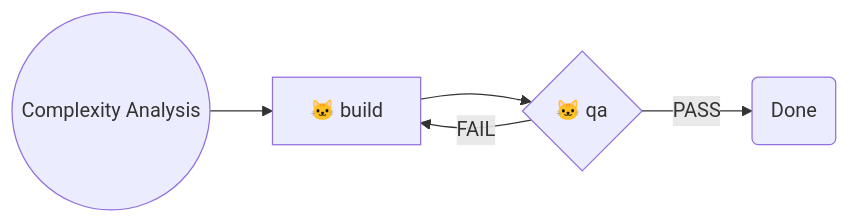
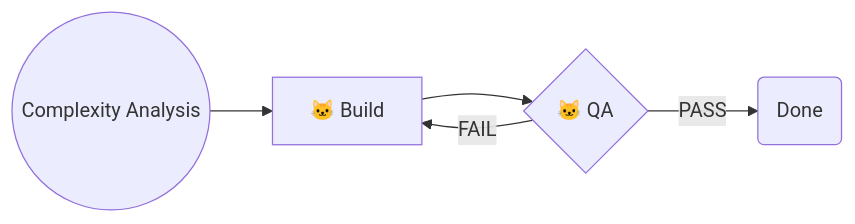
Before and after one commit to Texarkanine/.cursor-rules: the diagram in rulesets/niko2/niko/level1/level1-workflow.mdc, drawn with Mermaid. The commit also changed other lines of this file and 21 other files, not shown here.

````diff
--- a/rulesets/niko2/niko/level1/level1-workflow.mdc
+++ b/rulesets/niko2/niko/level1/level1-workflow.mdc
@@ -11,7 +11,7 @@
 ```mermaid
 graph LR
-    Start(("Complexity Analysis")) --> NikoBuild["🐱 build"]
-    NikoBuild --> NikoQA{"🐱 qa"}
+    Start(("Complexity Analysis")) --> NikoBuild["🐱 Build"]
+    NikoBuild --> NikoQA{"🐱 QA"}
     NikoQA -->|"PASS"| Done("Done")
     NikoQA -->|"FAIL"| NikoBuild
 ```
````
